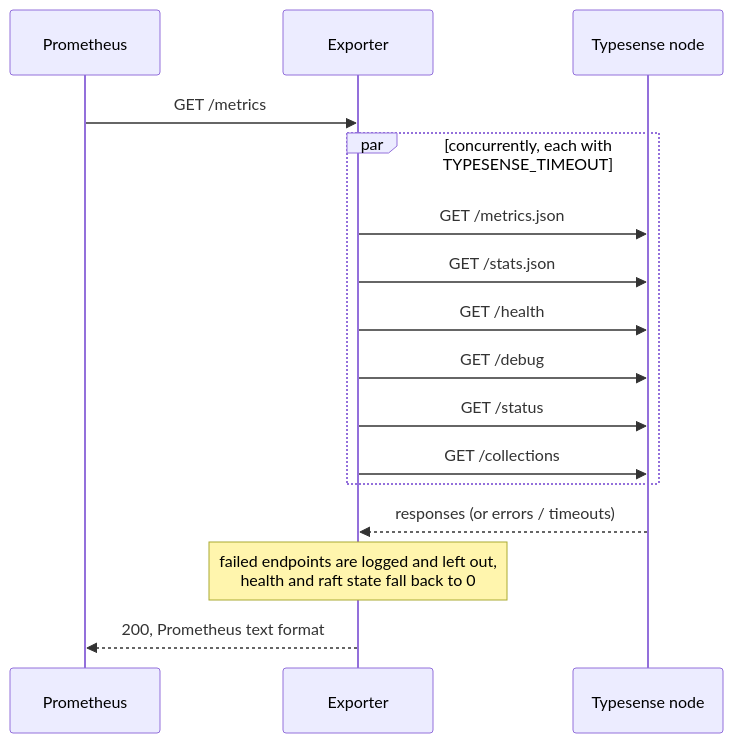
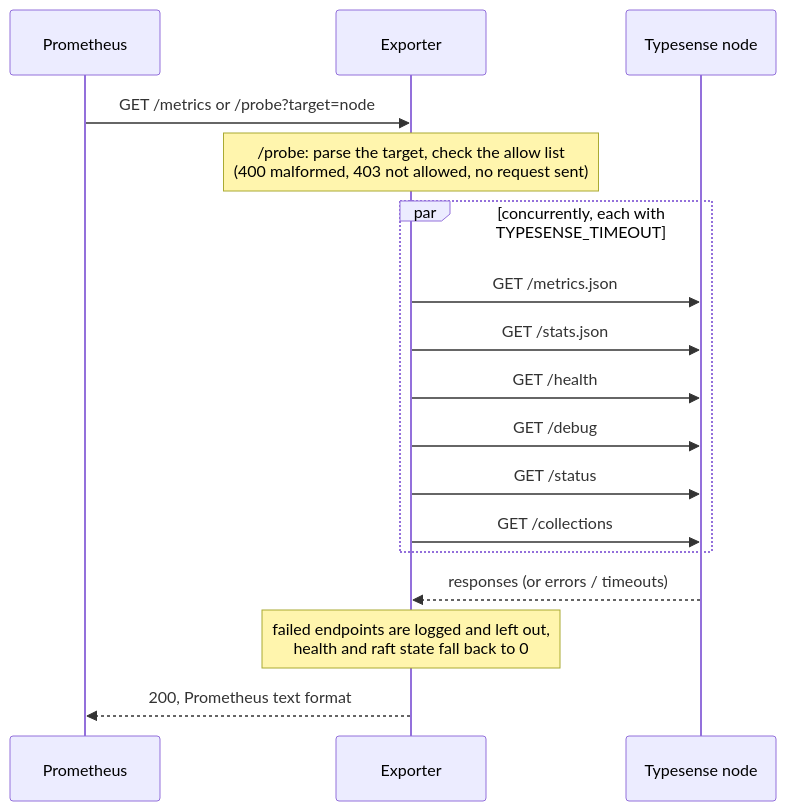
One commit to imatefx/typesense-prometheus-exporter changed the second of 3 diagrams in docs/architecture.md. Above: the diagram before and after it, drawn with Mermaid. The commit also changed other lines of this file and 19 other files, not shown here.

Commit message:
feat: multi-target /probe endpoint with allow list; release 1.1.0

````diff
--- a/docs/architecture.md
+++ b/docs/architecture.md
@@ -25,18 +23,19 @@
 ```mermaid
 sequenceDiagram
     participant P as Prometheus
     participant E as Exporter
     participant T as Typesense node
-    P->>E: GET /metrics
+    P->>E: GET /metrics or /probe?target=node
+    Note over E: /probe: parse the target, check the allow list<br/>(400 malformed, 403 not allowed, no request sent)
     par concurrently, each with TYPESENSE_TIMEOUT
         E->>T: GET /metrics.json
         E->>T: GET /stats.json
         E->>T: GET /health
         E->>T: GET /debug
         E->>T: GET /status
         E->>T: GET /collections
     end
     T-->>E: responses (or errors / timeouts)
     Note over E: failed endpoints are logged and left out,<br/>health and raft state fall back to 0
     E-->>P: 200, Prometheus text format
 ```
````
